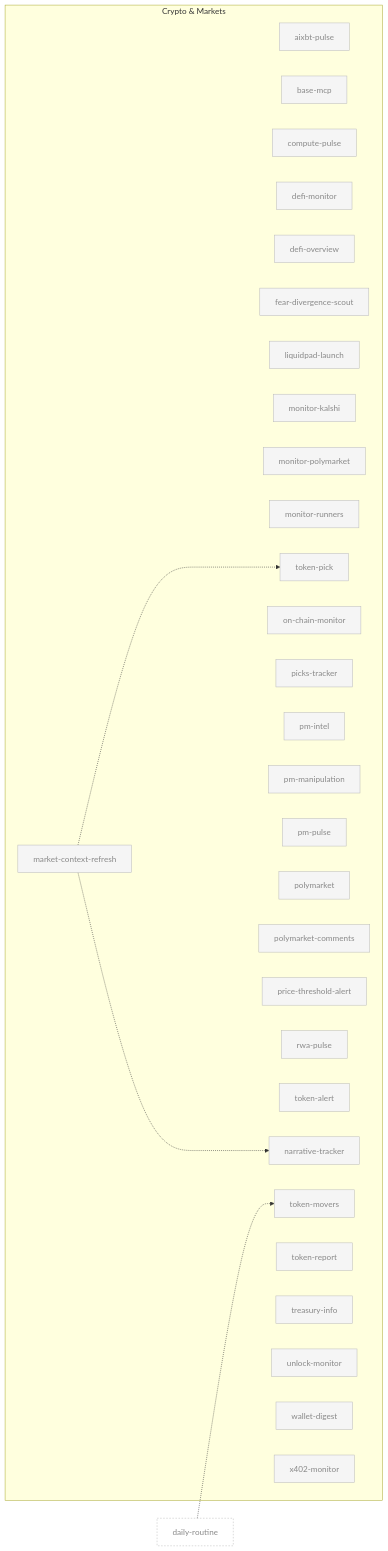
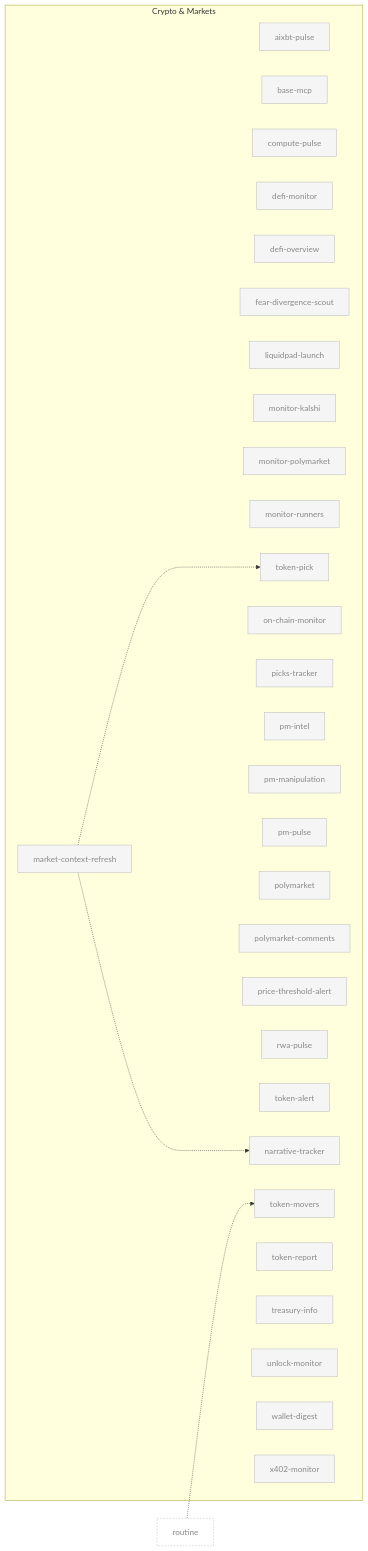
The sixth of 10 diagrams in docs/skill-graph.md (aeonfun/aeon), drawn with Mermaid before and after one commit. The commit also changed other lines of this file and 28 other files, not shown here.

First line of the commit message:
refactor(skills)!: rename temporal skill slugs to cadence-neutral names

````diff
--- a/docs/skill-graph.md
+++ b/docs/skill-graph.md
@@ -336,74 +336,74 @@
 ```mermaid
 flowchart LR
     subgraph crypto ["Crypto & Markets"]
         aixbt-pulse[aixbt-pulse]
         base-mcp[base-mcp]
         compute-pulse[compute-pulse]
         defi-monitor[defi-monitor]
         defi-overview[defi-overview]
         fear-divergence-scout[fear-divergence-scout]
         liquidpad-launch[liquidpad-launch]
         market-context-refresh[market-context-refresh]
         monitor-kalshi[monitor-kalshi]
         monitor-polymarket[monitor-polymarket]
         monitor-runners[monitor-runners]
         narrative-tracker[narrative-tracker]
         on-chain-monitor[on-chain-monitor]
         picks-tracker[picks-tracker]
         pm-intel[pm-intel]
         pm-manipulation[pm-manipulation]
         pm-pulse[pm-pulse]
         polymarket[polymarket]
         polymarket-comments[polymarket-comments]
         price-threshold-alert[price-threshold-alert]
         rwa-pulse[rwa-pulse]
         token-alert[token-alert]
         token-movers[token-movers]
         token-pick[token-pick]
         token-report[token-report]
         treasury-info[treasury-info]
         unlock-monitor[unlock-monitor]
         wallet-digest[wallet-digest]
         x402-monitor[x402-monitor]
     end
 
-    daily-routine[daily-routine]:::external
+    routine[routine]:::external
 
-    daily-routine -.-> token-movers
+    routine -.-> token-movers
     market-context-refresh -..-> token-pick
     market-context-refresh -..-> narrative-tracker
 
     classDef default fill:#f5f5f5,stroke:#bbb,color:#888
     classDef enabled fill:#fff,stroke:#000,stroke-width:2px,color:#000
     classDef external fill:none,stroke:#bbb,stroke-dasharray:3 3,color:#888
     click aixbt-pulse "../skills/aixbt-pulse/SKILL.md"
     click base-mcp "../skills/base-mcp/SKILL.md"
     click compute-pulse "../skills/compute-pulse/SKILL.md"
     click defi-monitor "../skills/defi-monitor/SKILL.md"
     click defi-overview "../skills/defi-overview/SKILL.md"
     click fear-divergence-scout "../skills/fear-divergence-scout/SKILL.md"
     click liquidpad-launch "../skills/liquidpad-launch/SKILL.md"
     click market-context-refresh "../skills/market-context-refresh/SKILL.md"
     click monitor-kalshi "../skills/monitor-kalshi/SKILL.md"
     click monitor-polymarket "../skills/monitor-polymarket/SKILL.md"
     click monitor-runners "../skills/monitor-runners/SKILL.md"
     click narrative-tracker "../skills/narrative-tracker/SKILL.md"
     click on-chain-monitor "../skills/on-chain-monitor/SKILL.md"
     click picks-tracker "../skills/picks-tracker/SKILL.md"
     click pm-intel "../skills/pm-intel/SKILL.md"
     click pm-manipulation "../skills/pm-manipulation/SKILL.md"
     click pm-pulse "../skills/pm-pulse/SKILL.md"
     click polymarket "../skills/polymarket/SKILL.md"
     click polymarket-comments "../skills/polymarket-comments/SKILL.md"
     click price-threshold-alert "../skills/price-threshold-alert/SKILL.md"
     click rwa-pulse "../skills/rwa-pulse/SKILL.md"
     click token-alert "../skills/token-alert/SKILL.md"
     click token-movers "../skills/token-movers/SKILL.md"
     click token-pick "../skills/token-pick/SKILL.md"
     click token-report "../skills/token-report/SKILL.md"
     click treasury-info "../skills/treasury-info/SKILL.md"
     click unlock-monitor "../skills/unlock-monitor/SKILL.md"
     click wallet-digest "../skills/wallet-digest/SKILL.md"
     click x402-monitor "../skills/x402-monitor/SKILL.md"
-    click daily-routine "../skills/daily-routine/SKILL.md"
+    click routine "../skills/routine/SKILL.md"
 ```
````
